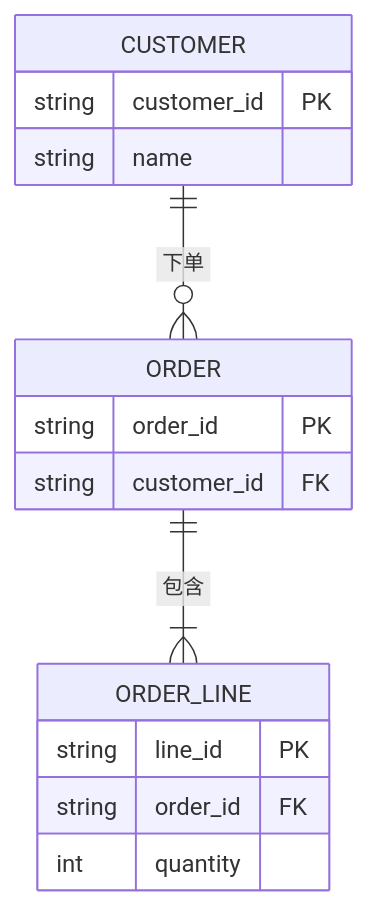
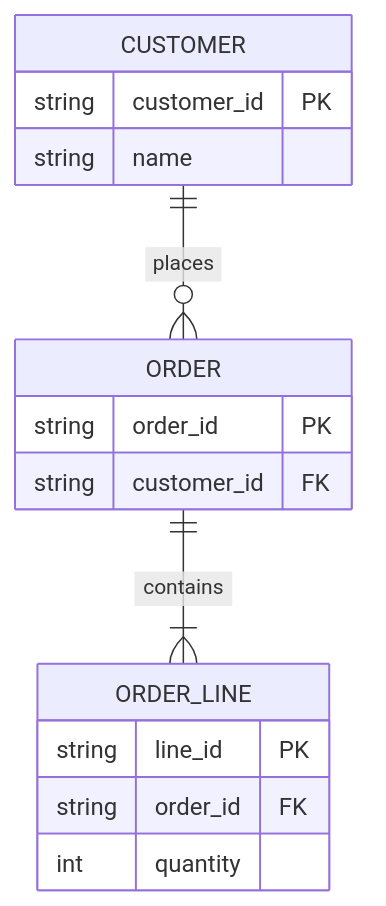
Before and after one commit to def-peter/fuxian: the third of 3 diagrams in skills/fuxian-diagram/references/mermaid/state-class-er.md, drawn with Mermaid. The commit also changed other lines of this file and 43 other files, not shown here.

Commit message:
feat(skills): internationalize diagram guides and expand type selection

````diff
--- a/skills/fuxian-diagram/references/mermaid/state-class-er.md
+++ b/skills/fuxian-diagram/references/mermaid/state-class-er.md
@@ -48,22 +48,22 @@
 ```mermaid
 ---
 config:
   htmlLabels: false
 ---
 erDiagram
-  CUSTOMER ||--o{ ORDER : 下单
-  ORDER ||--|{ ORDER_LINE : 包含
+  CUSTOMER ||--o{ ORDER : places
+  ORDER ||--|{ ORDER_LINE : contains
   CUSTOMER {
     string customer_id PK
     string name
   }
   ORDER {
     string order_id PK
     string customer_id FK
   }
   ORDER_LINE {
     string line_id PK
     string order_id FK
     int quantity
   }
 ```
````
